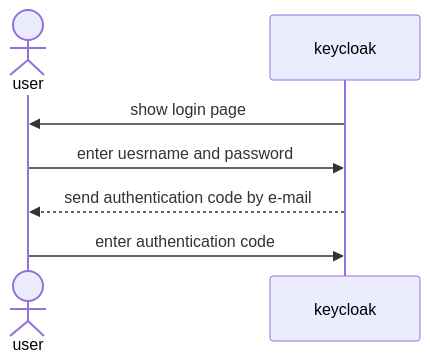
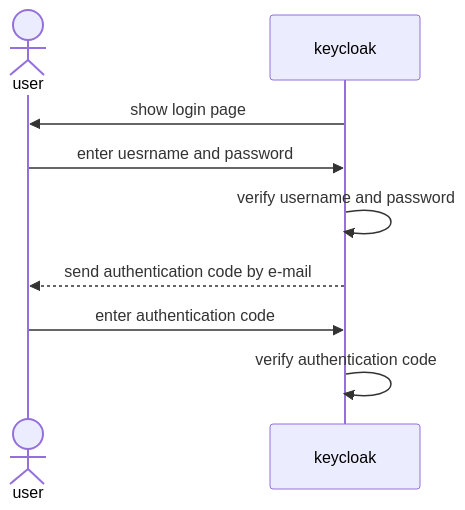
The first of 2 diagrams in README.md (manaty226/keycloak-mail-otp-spi), drawn with Mermaid before and after one commit.

Commit message:
fix: fix sequence diagram

````diff
--- a/README.md
+++ b/README.md
@@ -3,9 +3,11 @@
 ```mermaid
 sequenceDiagram
   actor user
   participant keycloak
   keycloak ->> user: show login page
   user ->> keycloak: enter uesrname and password
+  keycloak ->> keycloak: verify username and password
   keycloak -->> user: send authentication code by e-mail
   user ->> keycloak: enter authentication code
+  keycloak ->> keycloak: verify authentication code
 ```
````
